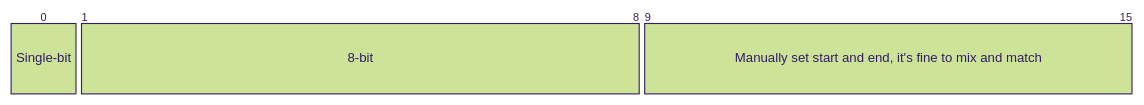
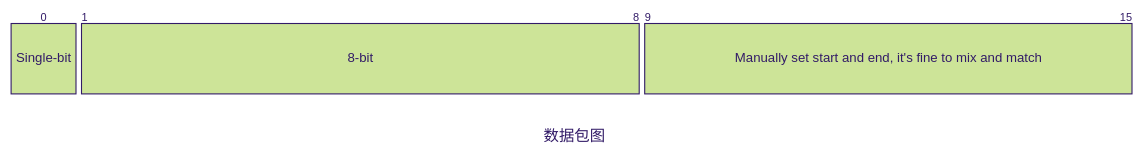
The seventh of 9 diagrams in posts/2025/s4/2025-12-11-mermaid-packet.md (PasseRR/passerr.github.io), drawn with Mermaid before and after one commit. The commit also changed other lines of this file and 3 other files, not shown here.

Commit message:
mermaid自定义配置

````diff
--- a/posts/2025/s4/2025-12-11-mermaid-packet.md
+++ b/posts/2025/s4/2025-12-11-mermaid-packet.md
@@ -111,17 +110,16 @@
 ```mermaid
-%%{
-  init: {
-    'theme': 'forest',
-    'packet': {
-      'bitsPerRow': 16,
-      'rowHeight': 64,
-      'bitWidth': 64
-    }
-  }
-}%%
+---
+title: 数据包图
+config:
+  theme: 'forest'
+  packet: 
+    bitsPerRow: 16
+    rowHeight: 64
+    bitWidth: 64
+---
 
 packet
 +1: "Single-bit" %% Single-bit block
 +8: "8-bit" %% 8-bit block
 9-15: "Manually set start and end, it's fine to mix and match"
 ```
````
